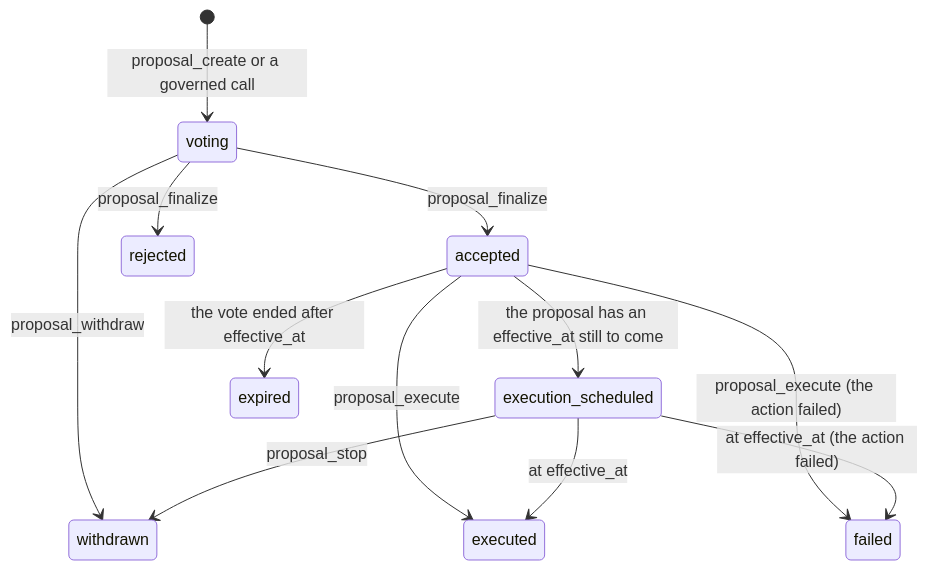
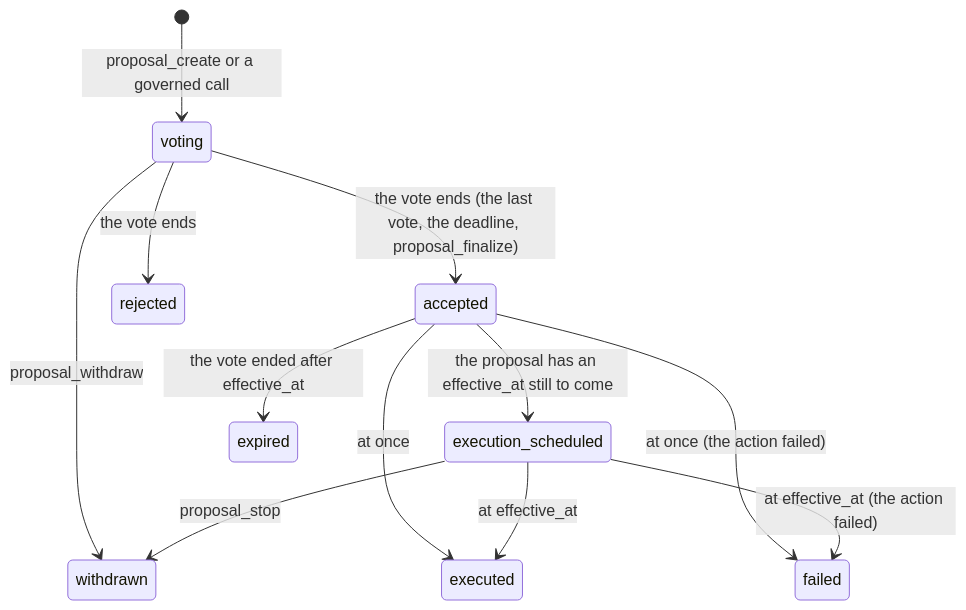
Before and after one commit to smart-social-contracts/realms-gos: the diagram in docs/architecture/governance-and-delegation.md, drawn with Mermaid. The commit also changed other lines of this file and 9 other files, not shown here.

First line of the commit message:
A vote ends when everyone has voted; finalize runs the action; proposal_stop replies Done (ggg#12)

````diff
--- a/docs/architecture/governance-and-delegation.md
+++ b/docs/architecture/governance-and-delegation.md
@@ -56,14 +56,14 @@
 ```mermaid
 stateDiagram-v2
     [*] --> voting: proposal_create or a governed call
     voting --> withdrawn: proposal_withdraw
-    voting --> accepted: proposal_finalize
-    voting --> rejected: proposal_finalize
-    accepted --> executed: proposal_execute
-    accepted --> failed: proposal_execute (the action failed)
+    voting --> accepted: the vote ends (the last vote, the deadline, proposal_finalize)
+    voting --> rejected: the vote ends
+    accepted --> executed: at once
+    accepted --> failed: at once (the action failed)
     accepted --> execution_scheduled: the proposal has an effective_at still to come
     accepted --> expired: the vote ended after effective_at
     execution_scheduled --> executed: at effective_at
     execution_scheduled --> failed: at effective_at (the action failed)
     execution_scheduled --> withdrawn: proposal_stop
 ```
````
